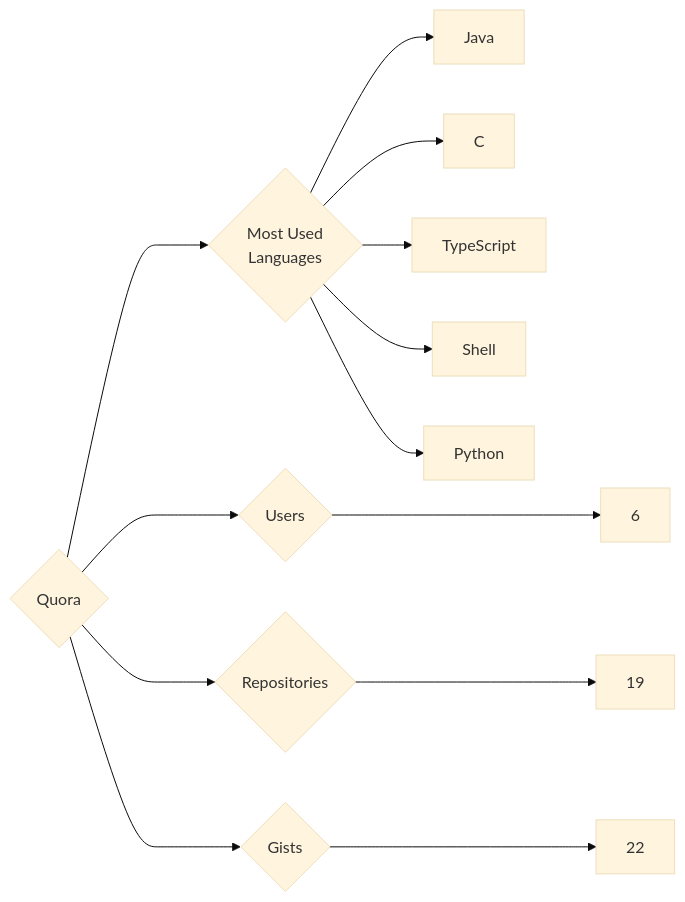
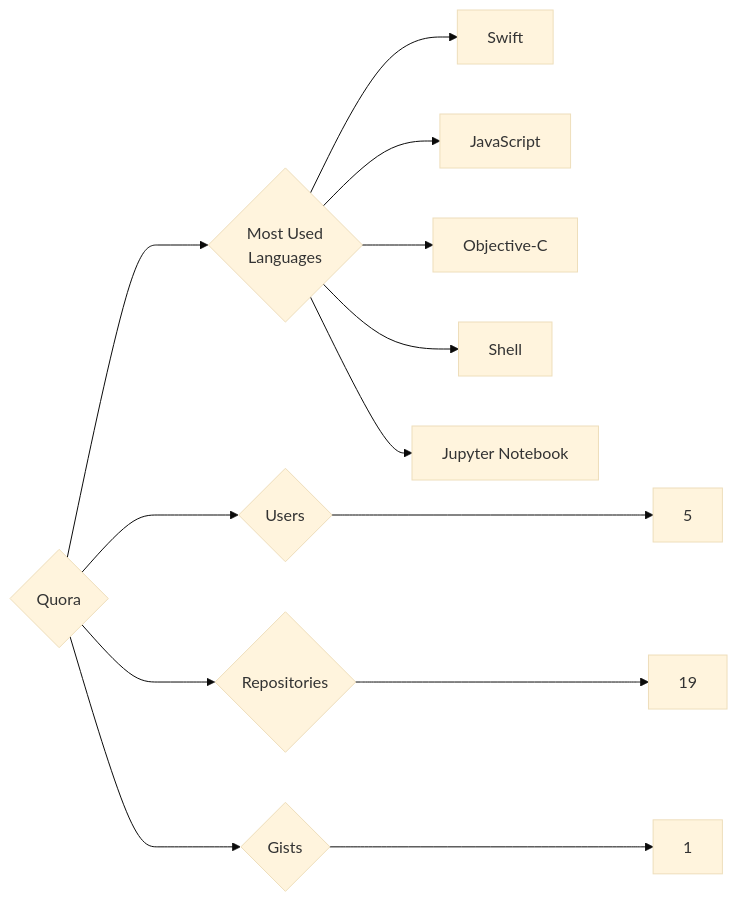
Before and after one commit to trickest/insiders: the diagram in targets/Quora/README.md, drawn with Mermaid (base theme). The commit also changed 995 other files, not shown here.

````diff
--- a/targets/Quora/README.md
+++ b/targets/Quora/README.md
@@ -3,13 +3,13 @@
 ```mermaid
 graph LR
 COMPANY_NAME{Quora}
-COMPANY_NAME ---> U{Users} ---> UN[6]
+COMPANY_NAME ---> U{Users} ---> UN[5]
 COMPANY_NAME ---> R{Repositories} ---> RN[19]
-COMPANY_NAME ---> G{Gists} ---> GN[22]
+COMPANY_NAME ---> G{Gists} ---> GN[1]
 COMPANY_NAME ---> ML{Most Used<br>Languages}
-ML --> Java[Java]
-ML --> C[C]
-ML --> TypeScript[TypeScript]
+ML --> Swift[Swift]
+ML --> JavaScript[JavaScript]
+ML --> Objective-C[Objective-C]
 ML --> Shell[Shell]
-ML --> Python[Python]
+ML --> Jupyter_Notebook[Jupyter Notebook]
 ```
````
